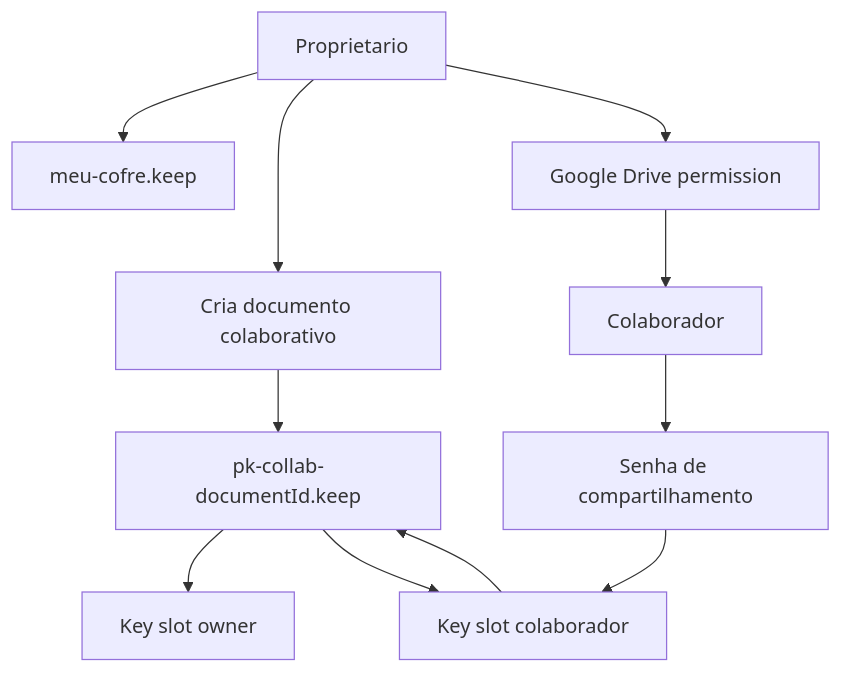
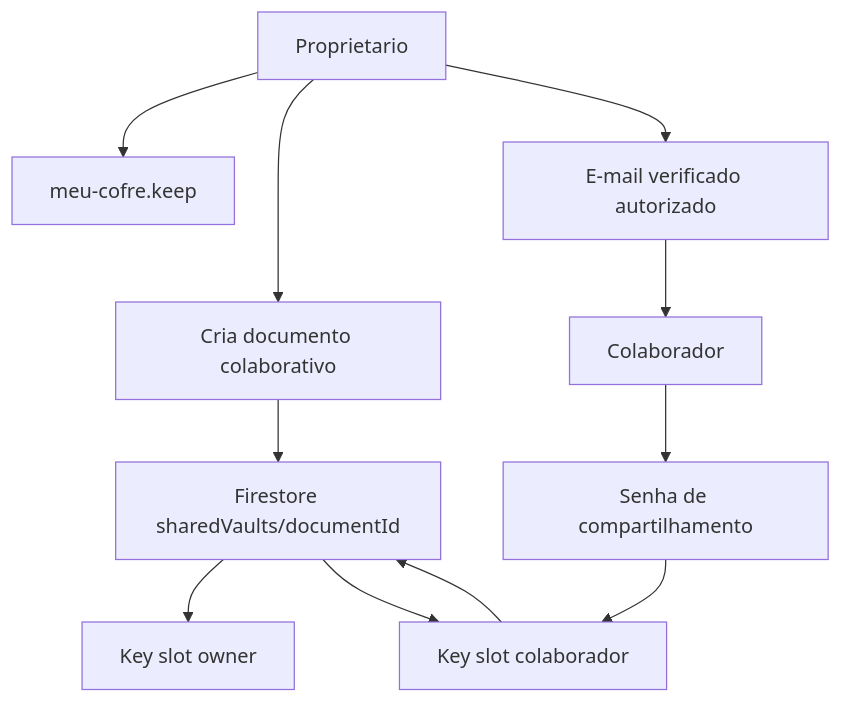
Before and after one commit to Praesens-tech/passwordKeeper: the seventh of 8 diagrams in README.md, drawn with Mermaid. The commit also changed other lines of this file and 31 other files, not shown here.

Commit message:
feat: move shared vaults to Firebase

````diff
--- a/README.md
+++ b/README.md
@@ -329,13 +328,13 @@
 ```mermaid
 flowchart TD
   Owner[Proprietario] --> Main[meu-cofre.keep]
   Owner --> Create[Cria documento colaborativo]
-  Create --> Collab[pk-collab-documentId.keep]
+  Create --> Collab[Firestore sharedVaults/documentId]
   Collab --> Slot1[Key slot owner]
   Collab --> Slot2[Key slot colaborador]
-  Owner --> DriveShare[Google Drive permission]
-  DriveShare --> Collaborator[Colaborador]
+  Owner --> EmailGrant[E-mail verificado autorizado]
+  EmailGrant --> Collaborator[Colaborador]
   Collaborator --> Password[Senha de compartilhamento]
   Password --> Slot2
   Slot2 --> Collab
 ```
````
